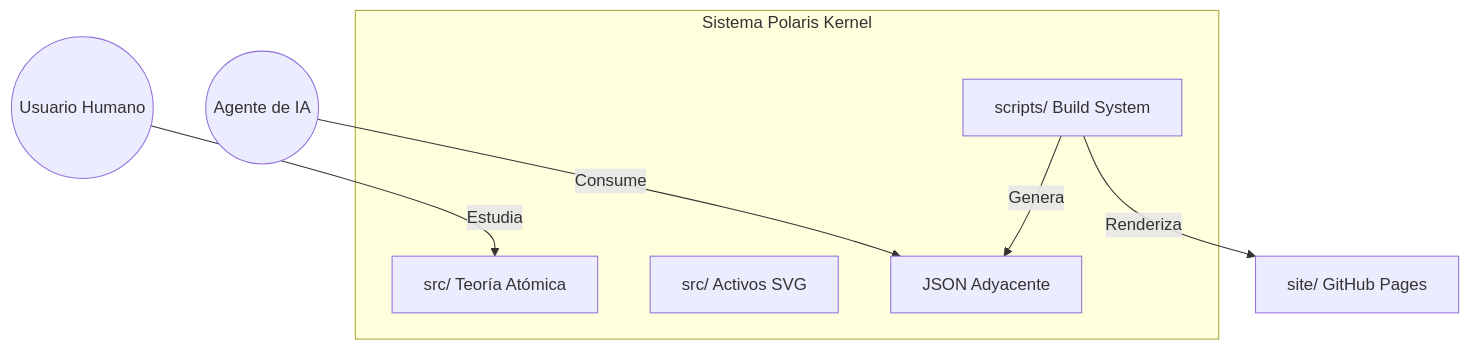
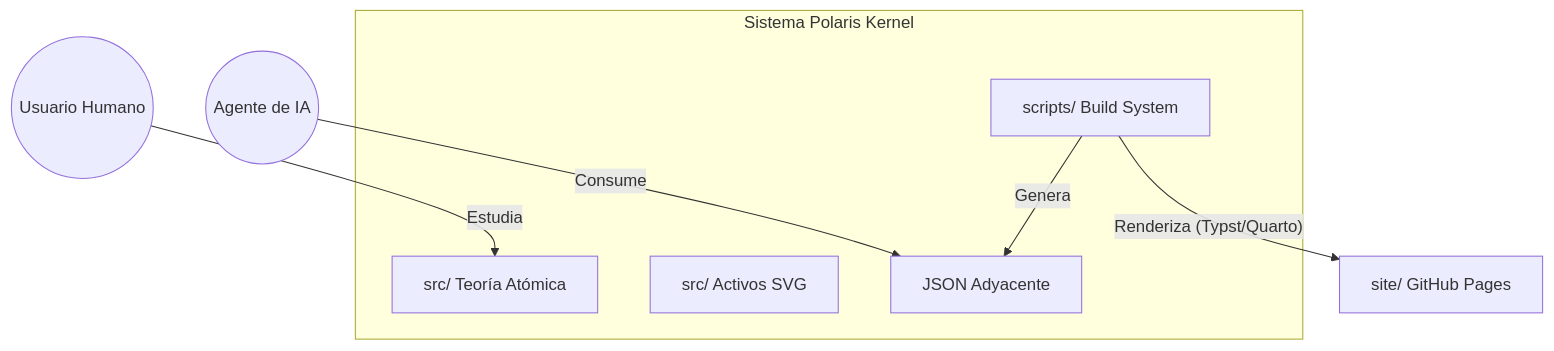
Before and after one commit to NeruDev/Polaris-Kernel: the first of 2 diagrams in docs/ARQUITECTURE.md, drawn with Mermaid. The commit also changed other lines of this file and 104 other files, not shown here.

````diff
--- a/docs/ARQUITECTURE.md
+++ b/docs/ARQUITECTURE.md
@@ -15,17 +15,17 @@
 ```mermaid
 graph TD
     User((Usuario Humano))
     Agent((Agente de IA))
     
     subgraph Polaris_Kernel[Sistema Polaris Kernel]
         Theory[src/ Teoría Atómica]
         Assets[src/ Activos SVG]
         Metadata[JSON Adyacente]
         Build[scripts/ Build System]
     end
 
     User -- Estudia --> Theory
     Agent -- Consume --> Metadata
     Build -- Genera --> Metadata
-    Build -- Renderiza --> site[site/ GitHub Pages]
+    Build -- Renderiza (Typst/Quarto) --> site[site/ GitHub Pages]
 ```
````
